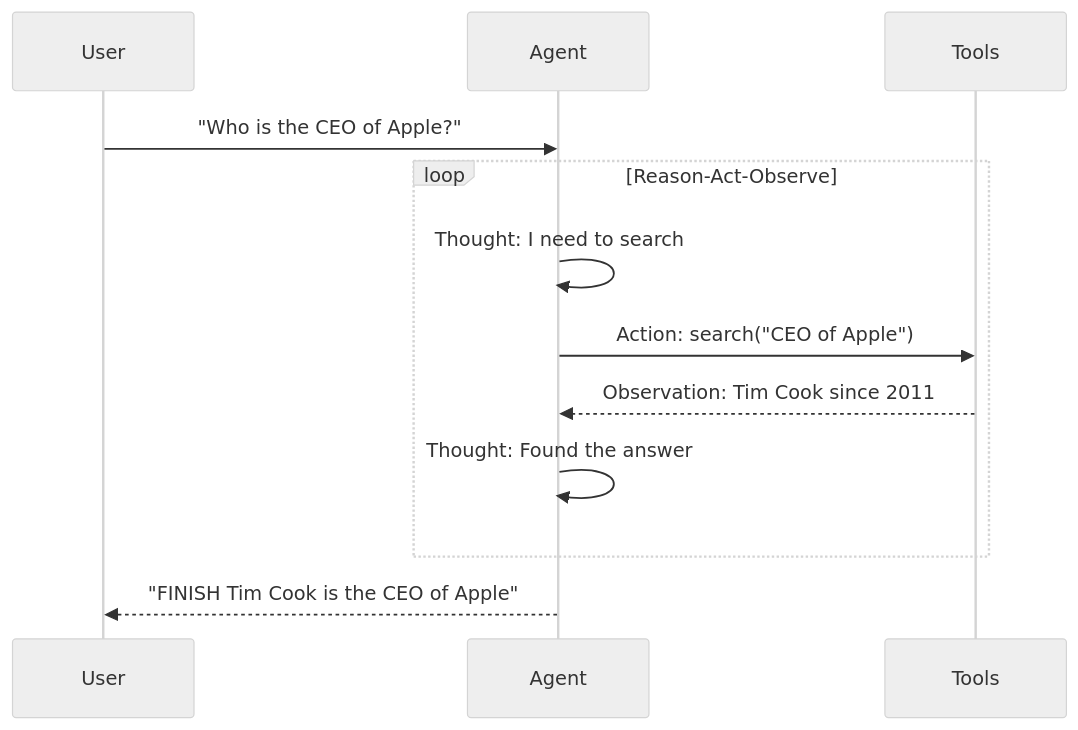
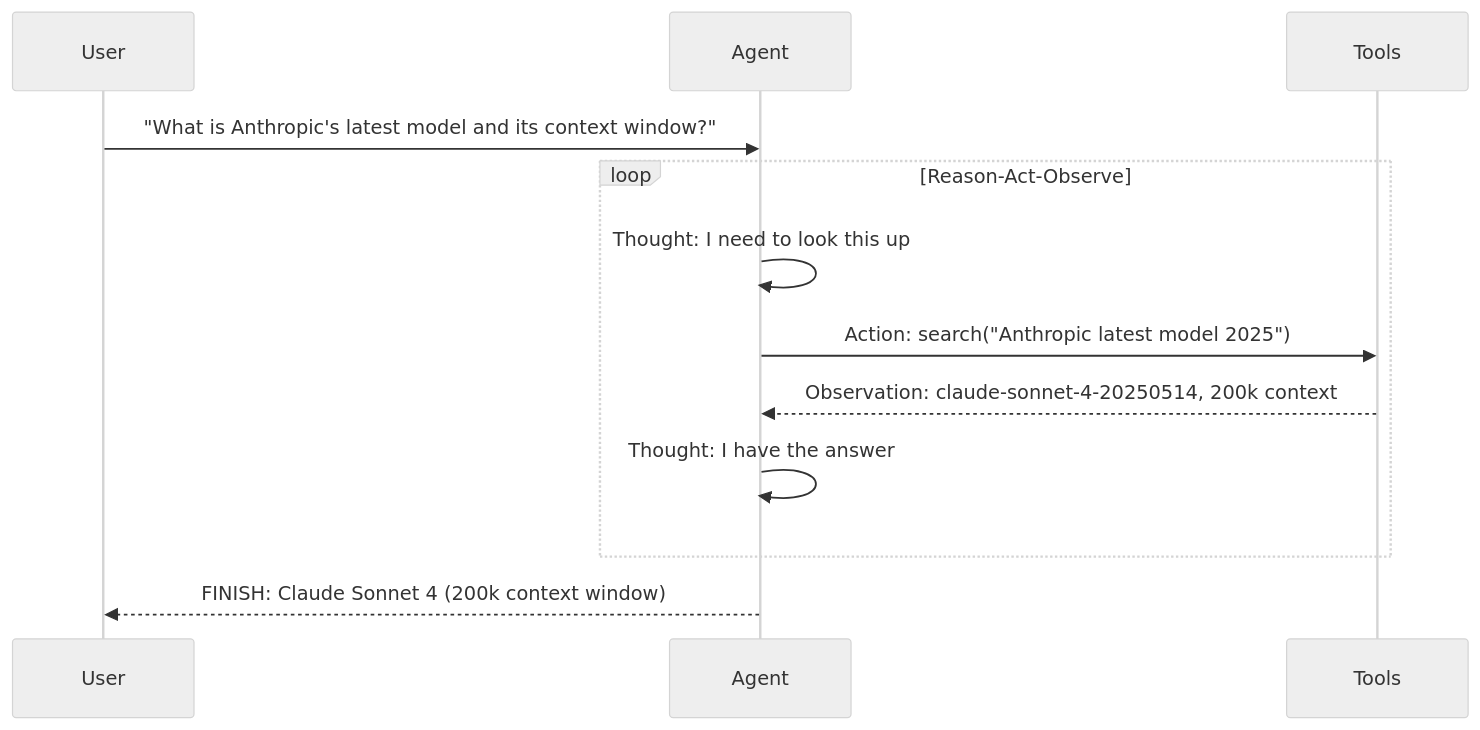
Before and after one commit to pyagent-core/pyagent: the diagram in docs/patterns/advanced/react.md, drawn with Mermaid (neutral theme). The commit also changed other lines of this file and 152 other files, not shown here.

````diff
--- a/docs/patterns/advanced/react.md
+++ b/docs/patterns/advanced/react.md
@@ -7,15 +14,15 @@
 ```mermaid
 sequenceDiagram
     participant U as User
     participant A as Agent
     participant T as Tools
 
-    U->>A: "Who is the CEO of Apple?"
+    U->>A: "What is Anthropic's latest model and its context window?"
     loop Reason-Act-Observe
-        A->>A: Thought: I need to search
-        A->>T: Action: search("CEO of Apple")
-        T-->>A: Observation: Tim Cook since 2011
-        A->>A: Thought: Found the answer
+        A->>A: Thought: I need to look this up
+        A->>T: Action: search("Anthropic latest model 2025")
+        T-->>A: Observation: claude-sonnet-4-20250514, 200k context
+        A->>A: Thought: I have the answer
     end
-    A-->>U: "FINISH Tim Cook is the CEO of Apple"
+    A-->>U: FINISH: Claude Sonnet 4 (200k context window)
 ```
````
